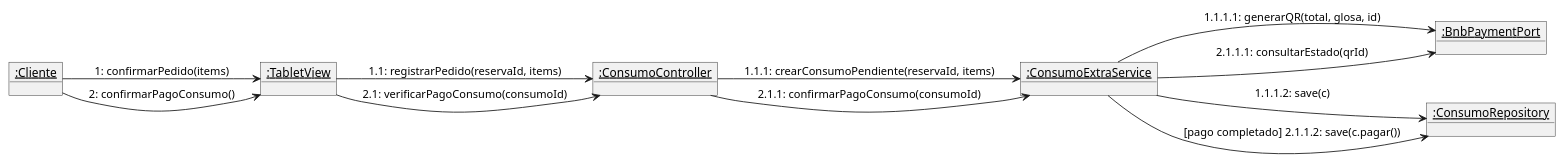
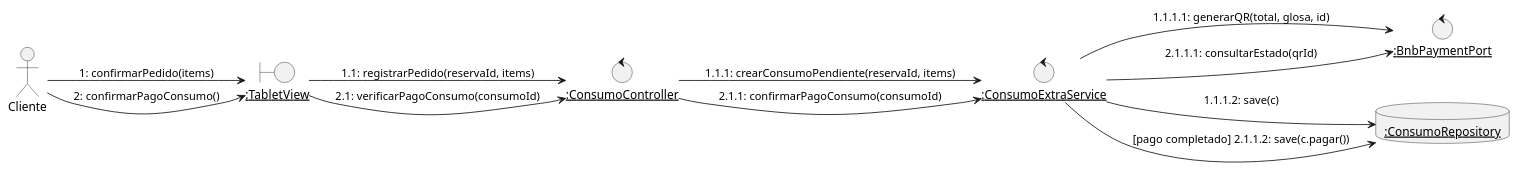
Diagram 29 of 36 in RefactorV4.md (Tsmrain/GestionSistemas), drawn with PlantUML before and after one commit. The commit also changed other lines of this file, not shown here.

Commit message:
refactor: standardize plantuml diagrams using boundary, control, entity, and database stereotypes

````diff
--- a/RefactorV4.md
+++ b/RefactorV4.md
@@ -1406,23 +1406,23 @@
 ```plantuml
 @startuml
 left to right direction
-object "<u>:Cliente</u>" as Cliente
-object "<u>:TabletView</u>" as View
-object "<u>:ConsumoController</u>" as Ctrl
-object "<u>:ConsumoExtraService</u>" as Serv
-object "<u>:BnbPaymentPort</u>" as BNB
-object "<u>:ConsumoRepository</u>" as Repo
+actor Cliente
+boundary "<u>:TabletView</u>" as View
+control "<u>:ConsumoController</u>" as Ctrl
+control "<u>:ConsumoExtraService</u>" as Serv
+control "<u>:BnbPaymentPort</u>" as BNB
+database "<u>:ConsumoRepository</u>" as Repo
 
 Cliente --> View : 1: confirmarPedido(items)
 View --> Ctrl : 1.1: registrarPedido(reservaId, items)
 Ctrl --> Serv : 1.1.1: crearConsumoPendiente(reservaId, items)
 Serv --> BNB : 1.1.1.1: generarQR(total, glosa, id)
 Serv --> Repo : 1.1.1.2: save(c)
 
 Cliente --> View : 2: confirmarPagoConsumo()
 View --> Ctrl : 2.1: verificarPagoConsumo(consumoId)
 Ctrl --> Serv : 2.1.1: confirmarPagoConsumo(consumoId)
 Serv --> BNB : 2.1.1.1: consultarEstado(qrId)
 Serv --> Repo : [pago completado] 2.1.1.2: save(c.pagar())
 @enduml
 ```
````
